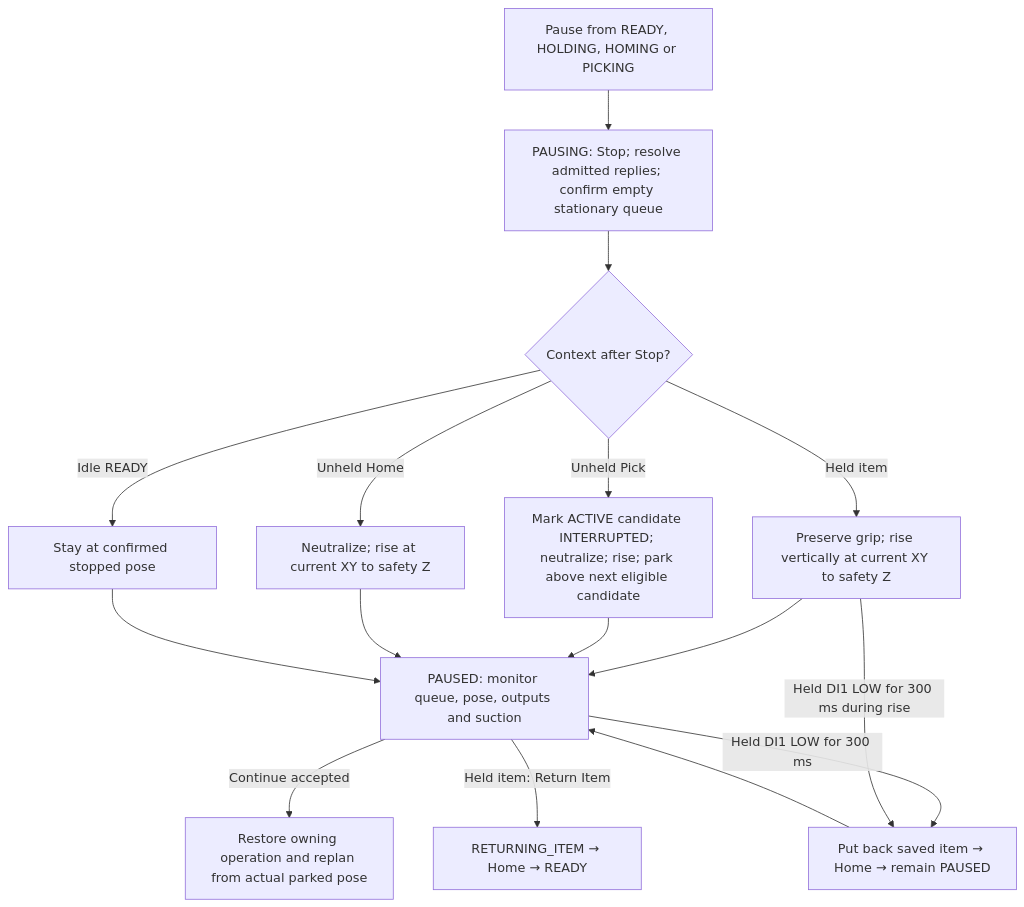
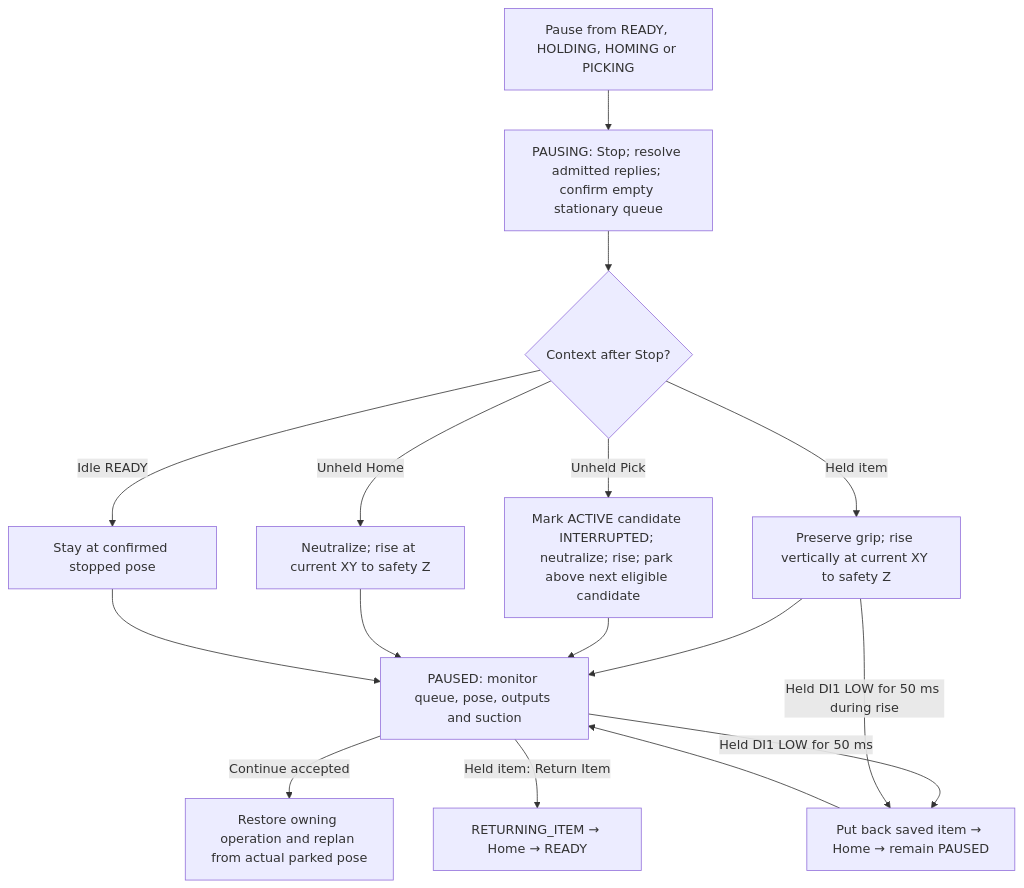
The seventh of 9 diagrams in docs/ROBOT_CONTROLLER_FSM.md (esgange/dobot_picknplace_yolo), drawn with Mermaid before and after one commit. The commit also changed other lines of this file and 23 other files, not shown here.

Commit message:
Interrupt held drops through placement and resume saved candidates

````diff
--- a/docs/ROBOT_CONTROLLER_FSM.md
+++ b/docs/ROBOT_CONTROLLER_FSM.md
@@ -894,18 +922,18 @@
 ```mermaid
 flowchart TD
     Pause["Pause from READY, HOLDING, HOMING or PICKING"] --> Pausing["PAUSING: Stop; resolve admitted replies; confirm empty stationary queue"]
     Pausing --> Context{"Context after Stop?"}
     Context -->|Held item| Rise["Preserve grip; rise vertically at current XY to safety Z"]
     Context -->|Unheld Pick| Transit["Mark ACTIVE candidate INTERRUPTED; neutralize; rise; park above next eligible candidate"]
     Context -->|Unheld Home| HomePark["Neutralize; rise at current XY to safety Z"]
     Context -->|Idle READY| Stay["Stay at confirmed stopped pose"]
     Rise --> Paused["PAUSED: monitor queue, pose, outputs and suction"]
     Transit --> Paused
     HomePark --> Paused
     Stay --> Paused
     Paused -->|Continue accepted| Resume["Restore owning operation and replan from actual parked pose"]
     Paused -->|Held item: Return Item| Return["RETURNING_ITEM → Home → READY"]
-    Paused -->|Held DI1 LOW for 300 ms| Drop["Put back saved item → Home → remain PAUSED"]
-    Rise -->|Held DI1 LOW for 300 ms during rise| Drop
+    Paused -->|Held DI1 LOW for 50 ms| Drop["Put back saved item → Home → remain PAUSED"]
+    Rise -->|Held DI1 LOW for 50 ms during rise| Drop
     Drop --> Paused
 ```
````
